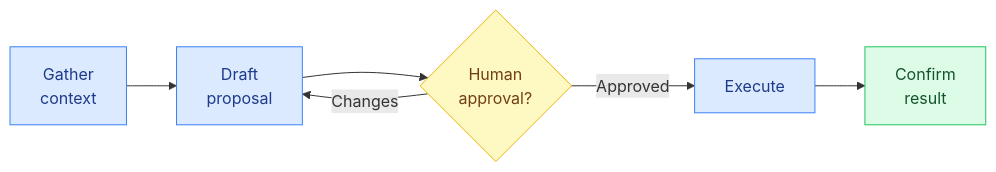
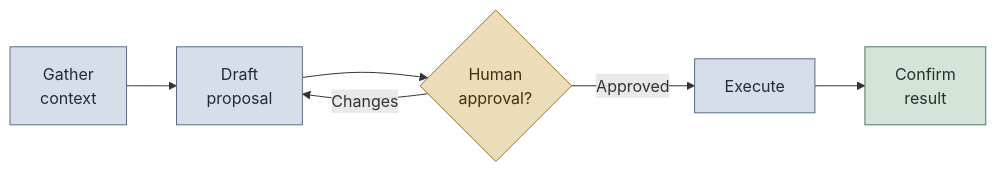
Before and after one commit to paulamarcondes/QA_Playbook: the diagram in ai-tools/README.md, drawn with Mermaid. The commit also changed 3 other files, not shown here.

First line of the commit message:
Apply Deeper Nordic palette to Mermaid diagrams

````diff
--- a/ai-tools/README.md
+++ b/ai-tools/README.md
@@ -138,9 +138,9 @@
 ```mermaid
 flowchart LR
     G["Gather<br/>context"]:::step --> D["Draft<br/>proposal"]:::step --> P{"Human<br/>approval?"}:::gate
     P -->|Approved| E["Execute"]:::step --> C["Confirm<br/>result"]:::done
     P -->|Changes| D
-    classDef step fill:#dbeafe,stroke:#3b82f6,color:#1e3a8a;
-    classDef gate fill:#fef9c3,stroke:#eab308,color:#713f12;
-    classDef done fill:#dcfce7,stroke:#22c55e,color:#14532d;
+    classDef step fill:#d6deea,stroke:#5b6b85,color:#222a38;
+    classDef gate fill:#ecdcb8,stroke:#997327,color:#3d3115;
+    classDef done fill:#d4e4d8,stroke:#4f7a63,color:#1f3329;
 ```
````
